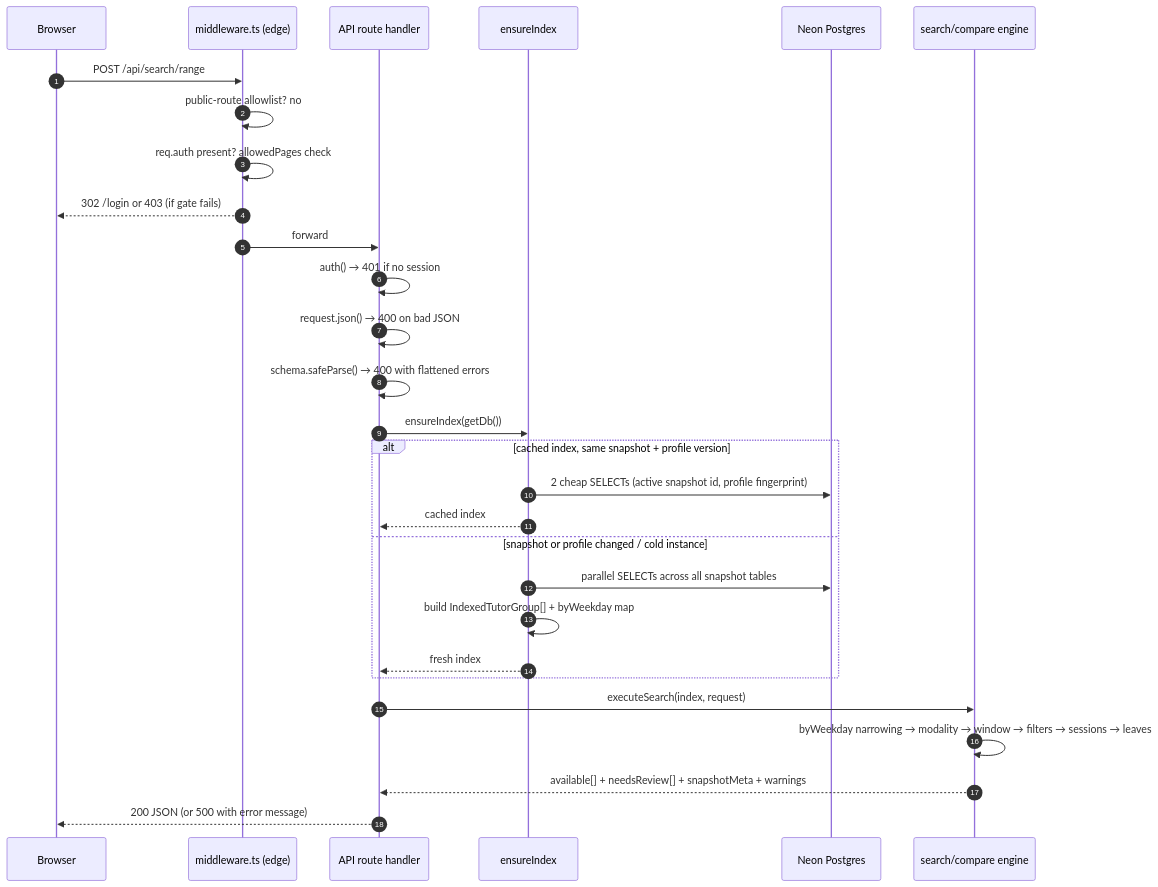
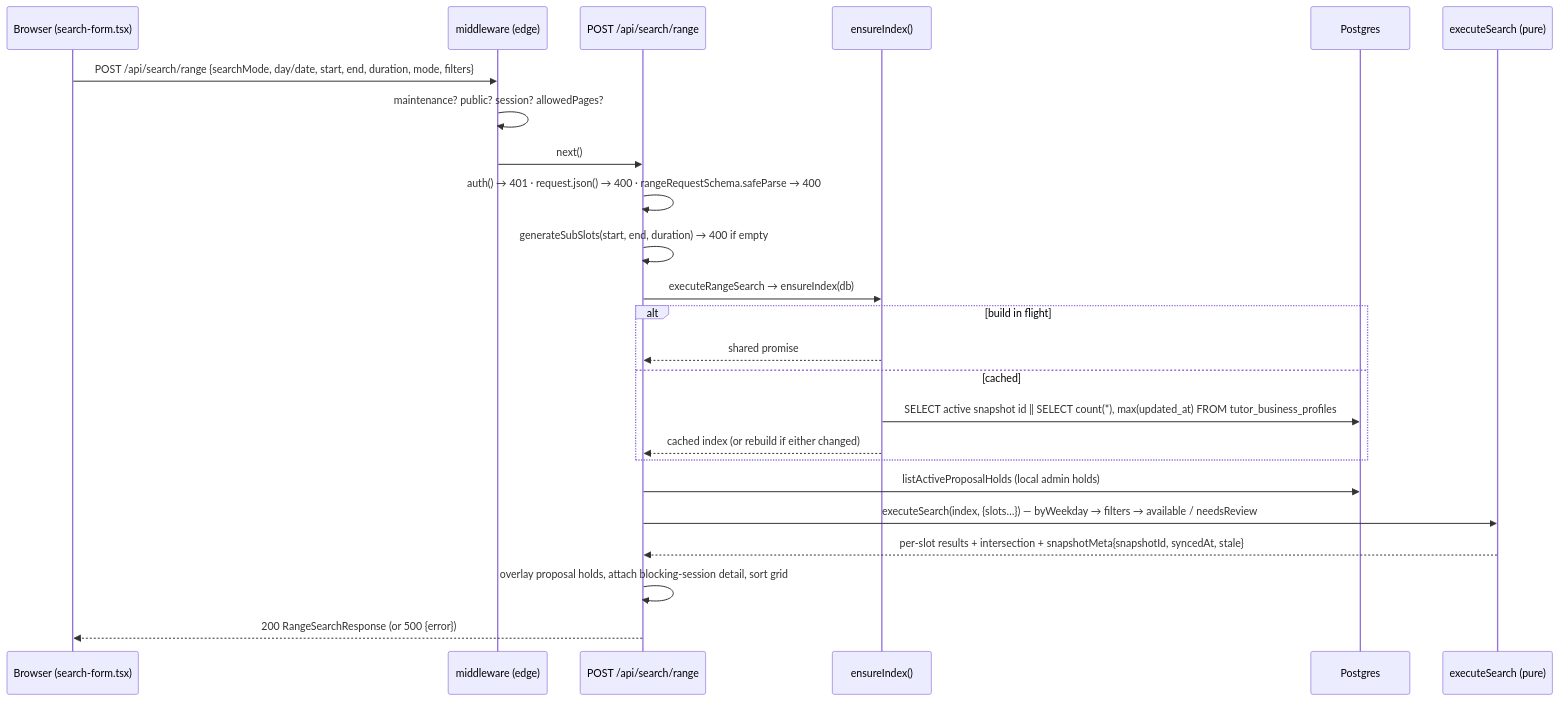
The third of 3 diagrams in docs/handbook/architecture.md (kasheesh711/bgscheduler), drawn with Mermaid before and after one commit. The commit also changed other lines of this file and 95 other files, not shown here.

````diff
--- a/docs/handbook/architecture.md
+++ b/docs/handbook/architecture.md
@@ -259,32 +336,27 @@
 ```mermaid
 sequenceDiagram
-    autonumber
-    participant B as Browser
-    participant MW as middleware.ts (edge)
-    participant R as API route handler
-    participant IX as ensureIndex
-    participant PG as Neon Postgres
-    participant E as search/compare engine
+    participant B as Browser (search-form.tsx)
+    participant M as middleware (edge)
+    participant R as POST /api/search/range
+    participant X as ensureIndex()
+    participant P as Postgres
+    participant E as executeSearch (pure)
 
-    B->>MW: POST /api/search/range
-    MW->>MW: public-route allowlist? no
-    MW->>MW: req.auth present? allowedPages check
-    MW-->>B: 302 /login or 403 (if gate fails)
-    MW->>R: forward
-    R->>R: auth() → 401 if no session
-    R->>R: request.json() → 400 on bad JSON
-    R->>R: schema.safeParse() → 400 with flattened errors
-    R->>IX: ensureIndex(getDb())
-    alt cached index, same snapshot + profile version
-        IX->>PG: 2 cheap SELECTs (active snapshot id, profile fingerprint)
-        IX-->>R: cached index
-    else snapshot or profile changed / cold instance
-        IX->>PG: parallel SELECTs across all snapshot tables
-        IX->>IX: build IndexedTutorGroup[] + byWeekday map
-        IX-->>R: fresh index
+    B->>M: POST /api/search/range {searchMode, day/date, start, end, duration, mode, filters}
+    M->>M: maintenance? public? session? allowedPages?
+    M->>R: next()
+    R->>R: auth() → 401 · request.json() → 400 · rangeRequestSchema.safeParse → 400
+    R->>R: generateSubSlots(start, end, duration) → 400 if empty
+    R->>X: executeRangeSearch → ensureIndex(db)
+    alt build in flight
+        X-->>R: shared promise
+    else cached
+        X->>P: SELECT active snapshot id ‖ SELECT count(*), max(updated_at) FROM tutor_business_profiles
+        X-->>R: cached index (or rebuild if either changed)
     end
-    R->>E: executeSearch(index, request)
-    E->>E: byWeekday narrowing → modality → window → filters → sessions → leaves
-    E-->>R: available[] + needsReview[] + snapshotMeta + warnings
-    R-->>B: 200 JSON (or 500 with error message)
+    R->>P: listActiveProposalHolds (local admin holds)
+    R->>E: executeSearch(index, {slots…}) — byWeekday → filters → available / needsReview
+    E-->>R: per-slot results + intersection + snapshotMeta{snapshotId, syncedAt, stale}
+    R->>R: overlay proposal holds, attach blocking-session detail, sort grid
+    R-->>B: 200 RangeSearchResponse (or 500 {error})
 ```
````
